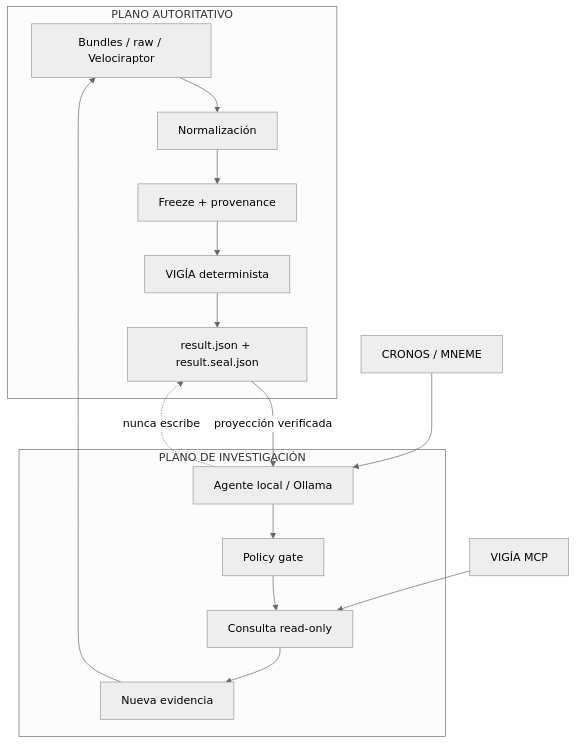
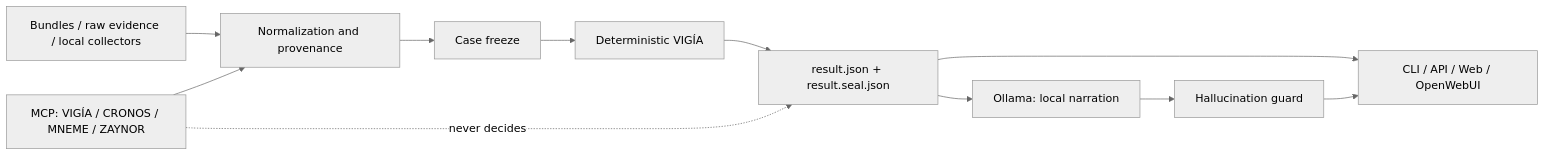
One commit to annatchijova/zaynor changed the diagram in README.md. Above: the diagram before and after it, drawn with Mermaid (neutral theme). The commit also changed other lines of this file and 9 other files, not shown here.

````diff
--- a/README.md
+++ b/README.md
@@ -150,21 +72,13 @@
 ```mermaid
-flowchart TB
-    subgraph AUTH[PLANO AUTORITATIVO]
-        A[Bundles / raw / Velociraptor] --> B[Normalización]
-        B --> C[Freeze + provenance]
-        C --> D[VIGÍA determinista]
-        D --> E[result.json + result.seal.json]
-    end
-
-    subgraph INVEST[PLANO DE INVESTIGACIÓN]
-        F[Agente local / Ollama] --> G[Policy gate]
-        G --> H[Consulta read-only]
-        H --> I[Nueva evidencia]
-    end
-
-    E -->|proyección verificada| F
-    I --> A
-    J[VIGÍA MCP] --> H
-    K[CRONOS / MNEME] --> F
-    F -. nunca escribe .-> E
+flowchart LR
+    A[Bundles / raw evidence / local collectors] --> B[Normalization and provenance]
+    B --> C[Case freeze]
+    C --> D[Deterministic VIGÍA]
+    D --> E[result.json + result.seal.json]
+    E --> F[CLI / API / Web / OpenWebUI]
+    E --> G[Ollama: local narration]
+    G --> H[Hallucination guard]
+    H --> F
+    I[MCP: VIGÍA / CRONOS / MNEME / ZAYNOR] --> B
+    I -. never decides .-> E
 ```
````
